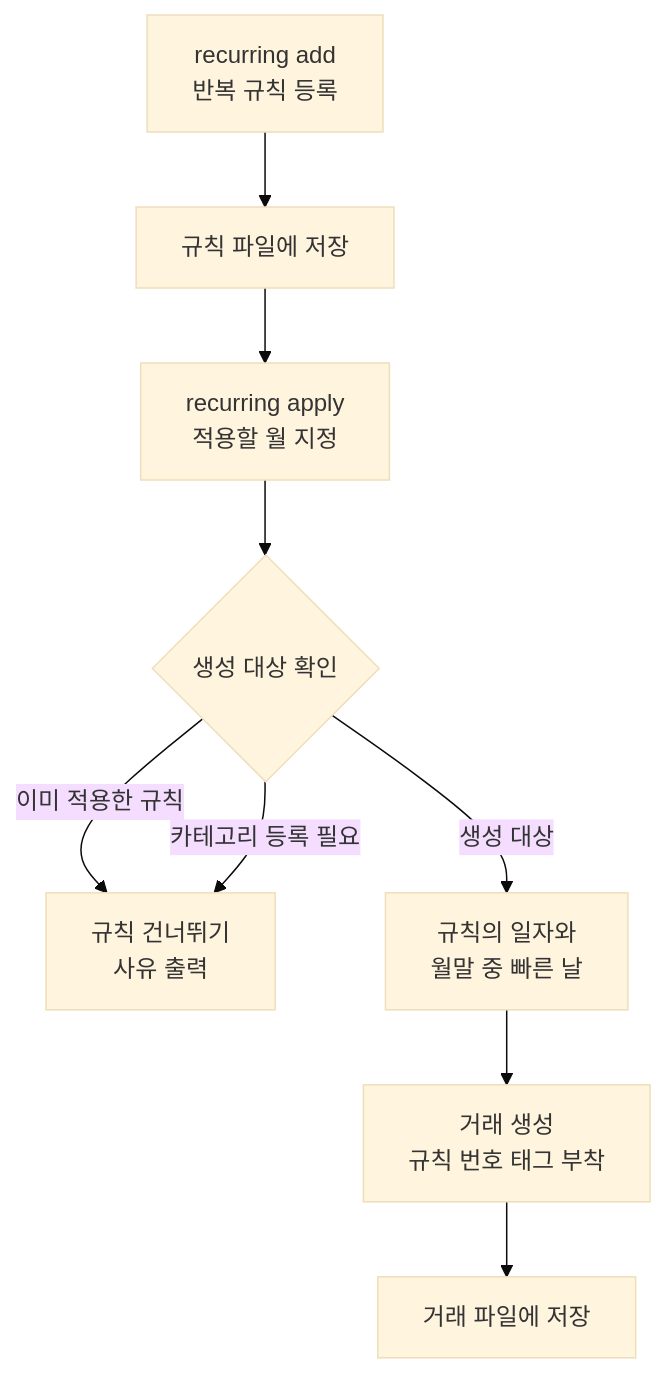
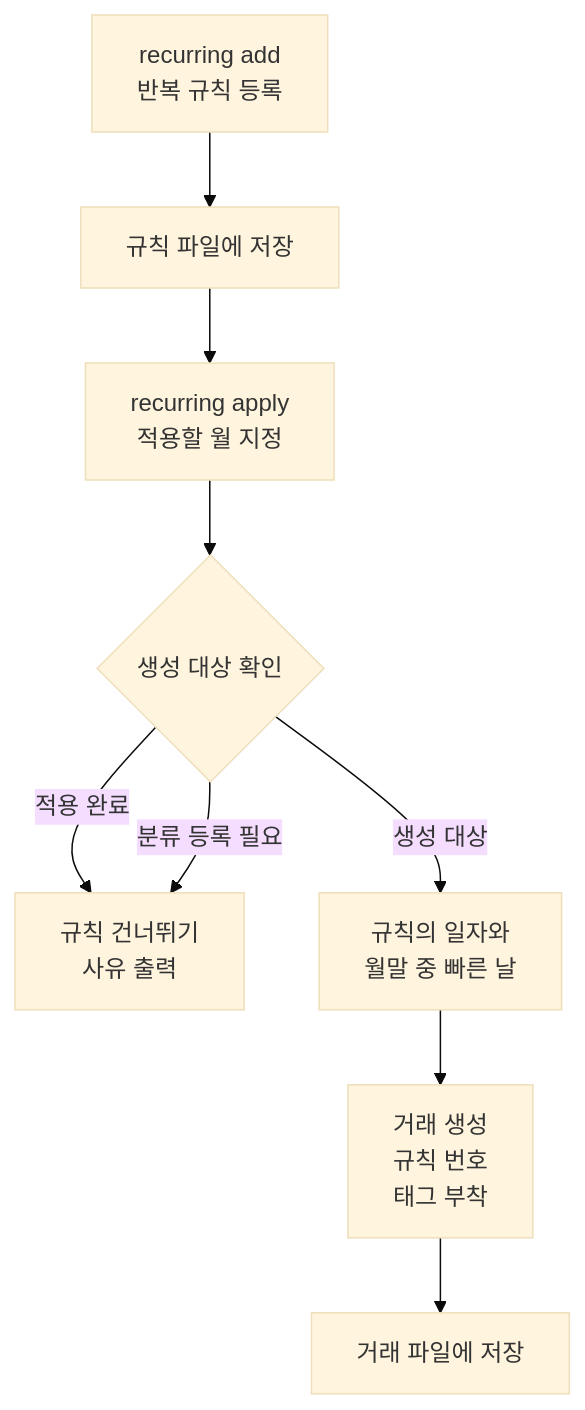
The sixth of 9 diagrams in README.md (Cerhovah/Codyssey_Mission_B2-1), drawn with Mermaid (base theme) before and after one commit. The commit also changed other lines of this file, not shown here.

First line of the commit message:
docs: 구조도에서 단어가 갈라지는 줄바꿈 정리

````diff
--- a/README.md
+++ b/README.md
@@ -360,11 +360,11 @@
 ```mermaid
 flowchart TD
     Add["recurring add<br/>반복 규칙 등록"] --> Rule["규칙 파일에 저장"]
     Rule --> Apply["recurring apply<br/>적용할 월 지정"]
     Apply --> Check{"생성 대상 확인"}
-    Check -->|"이미 적용한 규칙"| Skip["규칙 건너뛰기<br/>사유 출력"]
-    Check -->|"카테고리 등록 필요"| Skip
+    Check -->|"적용 완료"| Skip["규칙 건너뛰기<br/>사유 출력"]
+    Check -->|"분류 등록 필요"| Skip
     Check -->|"생성 대상"| Date["규칙의 일자와<br/>월말 중 빠른 날"]
-    Date --> Tx["거래 생성<br/>규칙 번호 태그 부착"]
+    Date --> Tx["거래 생성<br/>규칙 번호<br/>태그 부착"]
     Tx --> Save["거래 파일에 저장"]
 ```
````
